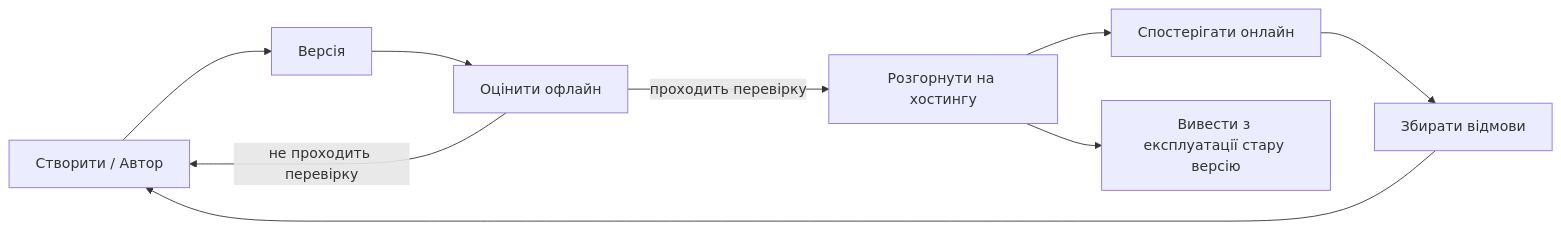
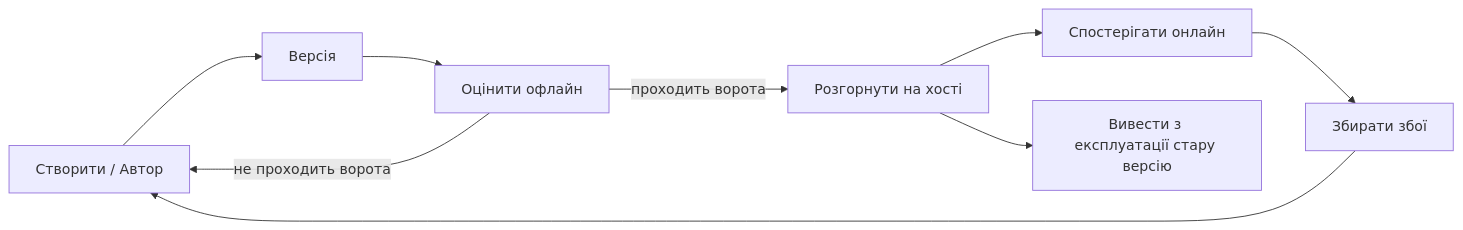
Before and after one commit to gabrielmoreira/agent-skills-mirror: the second of 4 diagrams in mirrors/repos/microsoft@ai-agents-for-beginners/translations/uk/16-deploying-scalable-agents/README.md, drawn with Mermaid. The commit also changed other lines of this file and 4262 other files, not shown here.

````diff
--- a/mirrors/repos/microsoft@ai-agents-for-beginners/translations/uk/16-deploying-scalable-agents/README.md
+++ b/mirrors/repos/microsoft@ai-agents-for-beginners/translations/uk/16-deploying-scalable-agents/README.md
@@ -108,11 +108,11 @@
 ```mermaid
 flowchart LR
     Create[Створити / Автор] --> Version[Версія]
     Version --> Evaluate[Оцінити офлайн]
-    Evaluate -->|проходить перевірку| Deploy[Розгорнути на хостингу]
-    Evaluate -->|не проходить перевірку| Create
+    Evaluate -->|проходить ворота| Deploy[Розгорнути на хості]
+    Evaluate -->|не проходить ворота| Create
     Deploy --> Observe[Спостерігати онлайн]
-    Observe --> Improve[Збирати відмови]
+    Observe --> Improve[Збирати збої]
     Improve --> Create
     Deploy --> Retire[Вивести з експлуатації стару версію]
 ```
````
